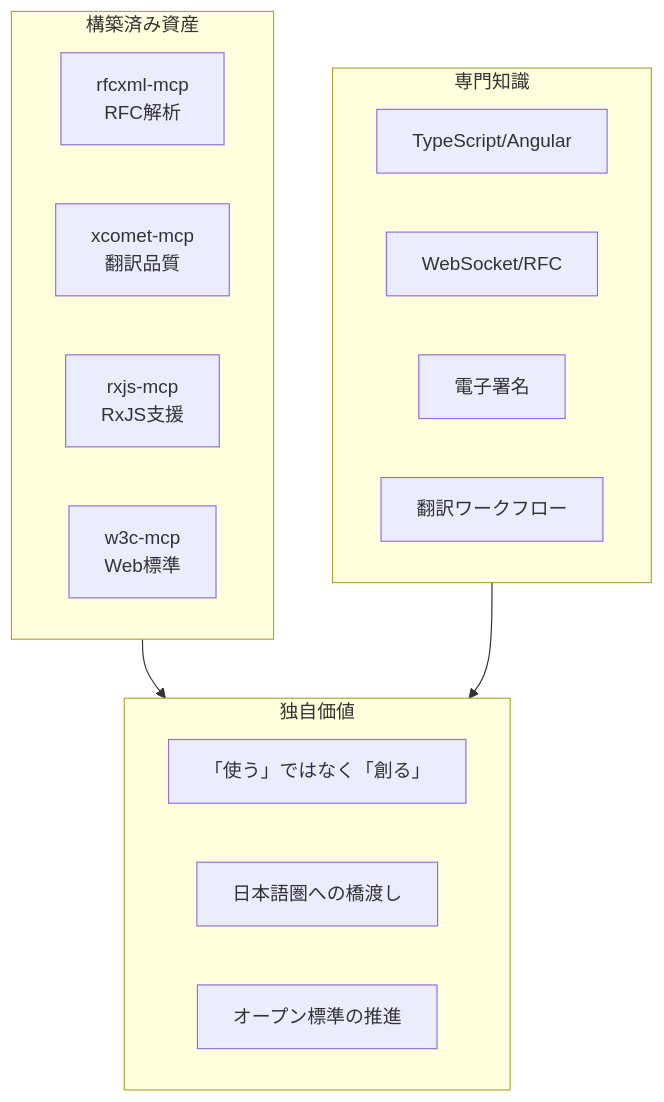
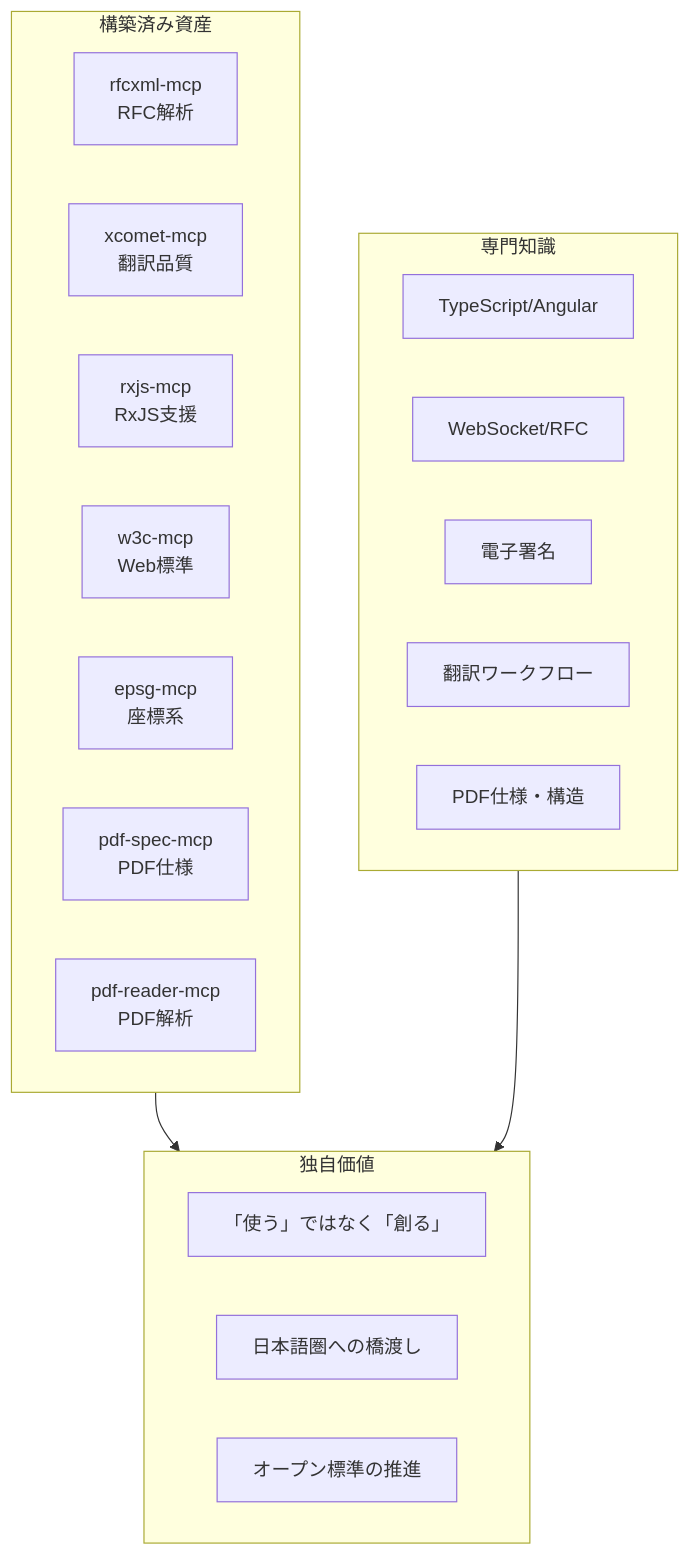
Before and after one commit to shuji-bonji/ai-agent-architecture: the first of 4 diagrams in docs/roadmap.ja.md, drawn with Mermaid. The commit also changed other lines of this file and 7 other files, not shown here.

````diff
--- a/docs/roadmap.ja.md
+++ b/docs/roadmap.ja.md
@@ -13,25 +13,29 @@
 ```mermaid
 graph TB
     subgraph 構築済み資産
         RFC[rfcxml-mcp<br/>RFC解析]
         XCOMET[xcomet-mcp<br/>翻訳品質]
         RXJS[rxjs-mcp<br/>RxJS支援]
         W3C[w3c-mcp<br/>Web標準]
+        EPSG[epsg-mcp<br/>座標系]
+        PDFSPEC[pdf-spec-mcp<br/>PDF仕様]
+        PDFREADER[pdf-reader-mcp<br/>PDF解析]
     end
 
     subgraph 専門知識
         TS[TypeScript/Angular]
         WS[WebSocket/RFC]
         SIGN[電子署名]
         TRANS[翻訳ワークフロー]
+        PDF[PDF仕様・構造]
     end
 
     subgraph 独自価値
         CREATE["「使う」ではなく「創る」"]
         BRIDGE["日本語圏への橋渡し"]
         OPEN["オープン標準の推進"]
     end
 
     構築済み資産 --> 独自価値
     専門知識 --> 独自価値
 ```
````
